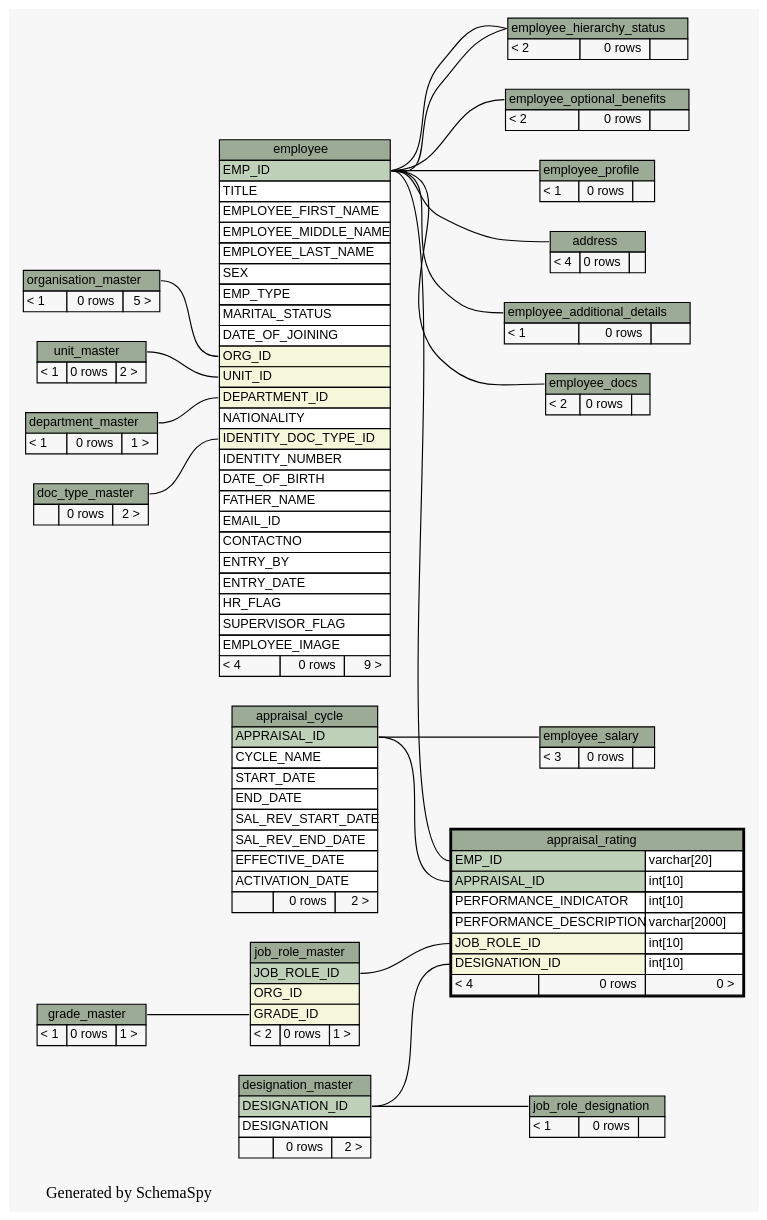
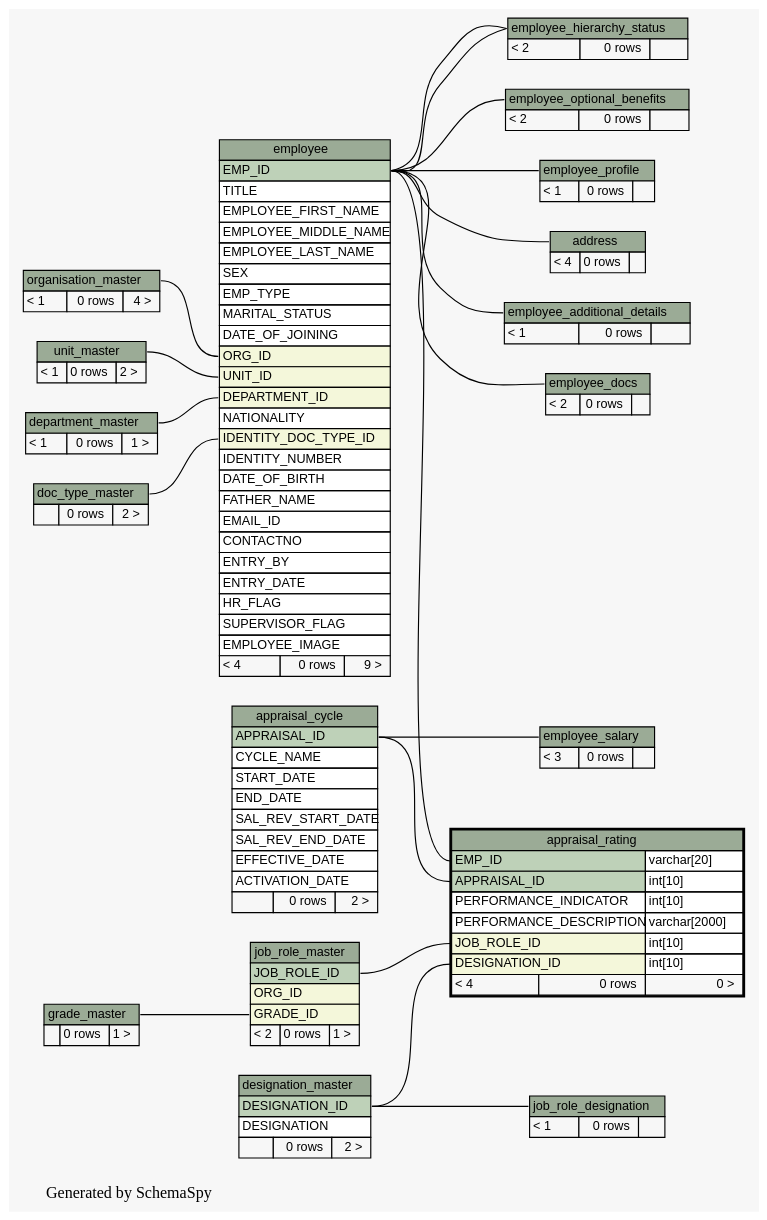
Before and after one commit to engineerscraft/hrms: the diagram in docs/database/schemaspy/graphs/appraisal_rating.2degrees.dot, drawn with Graphviz. The commit also changed 121 other files, not shown here.

```diff
--- a/docs/database/schemaspy/graphs/appraisal_rating.2degrees.dot
+++ b/docs/database/schemaspy/graphs/appraisal_rating.2degrees.dot
@@ -193,7 +193,7 @@
     label=<
     <TABLE BORDER="0" CELLBORDER="1" CELLSPACING="0" BGCOLOR="#ffffff">
       <TR><TD PORT="grade_master.heading" COLSPAN="3" BGCOLOR="#9bab96" ALIGN="CENTER">grade_master</TD></TR>
-      <TR><TD ALIGN="LEFT" BGCOLOR="#f7f7f7">&lt; 1</TD><TD ALIGN="RIGHT" BGCOLOR="#f7f7f7">0 rows</TD><TD ALIGN="RIGHT" BGCOLOR="#f7f7f7">1 &gt;</TD></TR>
+      <TR><TD ALIGN="LEFT" BGCOLOR="#f7f7f7">  </TD><TD ALIGN="RIGHT" BGCOLOR="#f7f7f7">0 rows</TD><TD ALIGN="RIGHT" BGCOLOR="#f7f7f7">1 &gt;</TD></TR>
     </TABLE>>
     URL="grade_master.html#graph"
     tooltip="grade_master"
@@ -223,7 +223,7 @@
     label=<
     <TABLE BORDER="0" CELLBORDER="1" CELLSPACING="0" BGCOLOR="#ffffff">
       <TR><TD PORT="organisation_master.heading" COLSPAN="3" BGCOLOR="#9bab96" ALIGN="CENTER">organisation_master</TD></TR>
-      <TR><TD ALIGN="LEFT" BGCOLOR="#f7f7f7">&lt; 1</TD><TD ALIGN="RIGHT" BGCOLOR="#f7f7f7">0 rows</TD><TD ALIGN="RIGHT" BGCOLOR="#f7f7f7">5 &gt;</TD></TR>
+      <TR><TD ALIGN="LEFT" BGCOLOR="#f7f7f7">&lt; 1</TD><TD ALIGN="RIGHT" BGCOLOR="#f7f7f7">0 rows</TD><TD ALIGN="RIGHT" BGCOLOR="#f7f7f7">4 &gt;</TD></TR>
     </TABLE>>
     URL="organisation_master.html#graph"
     tooltip="organisation_master"
```
